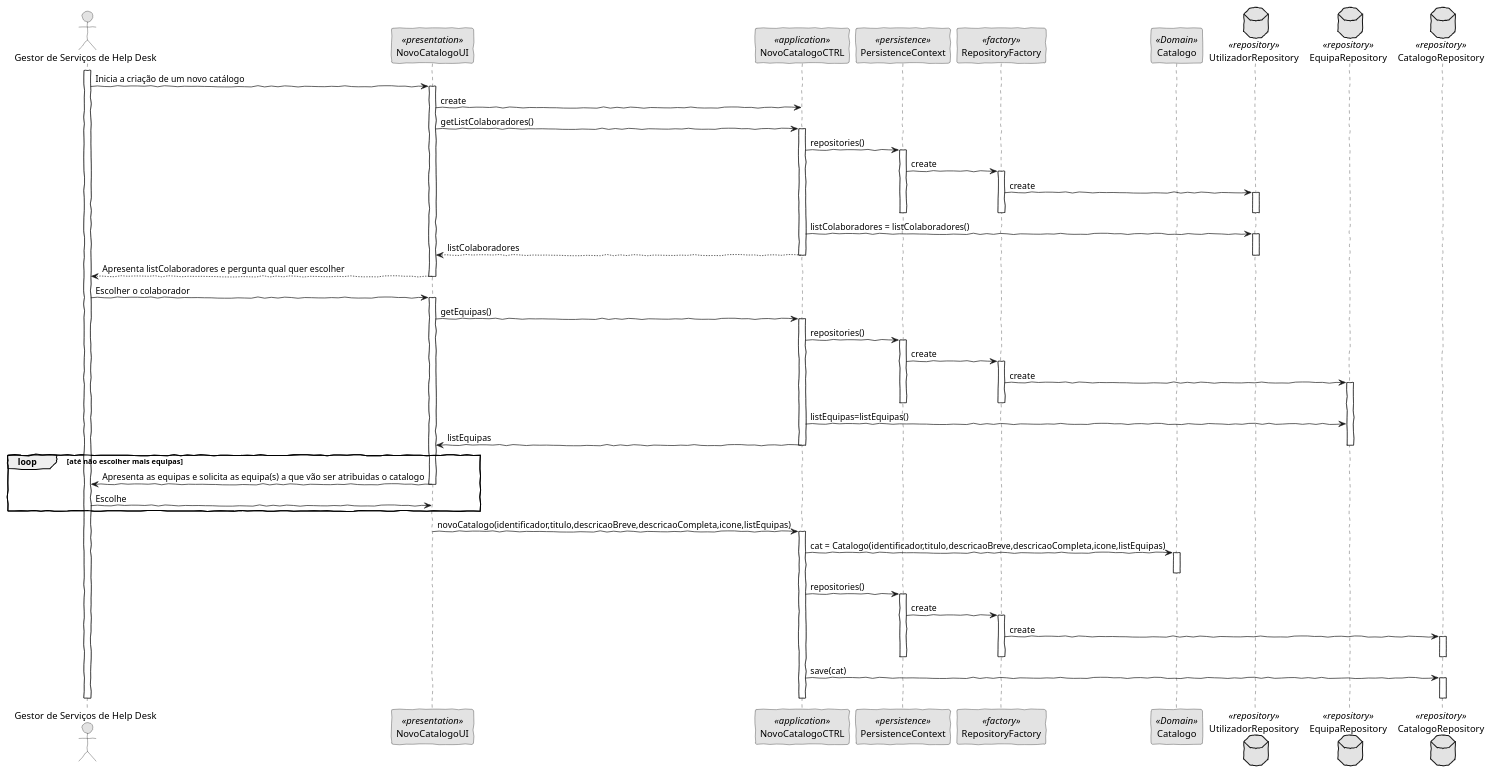
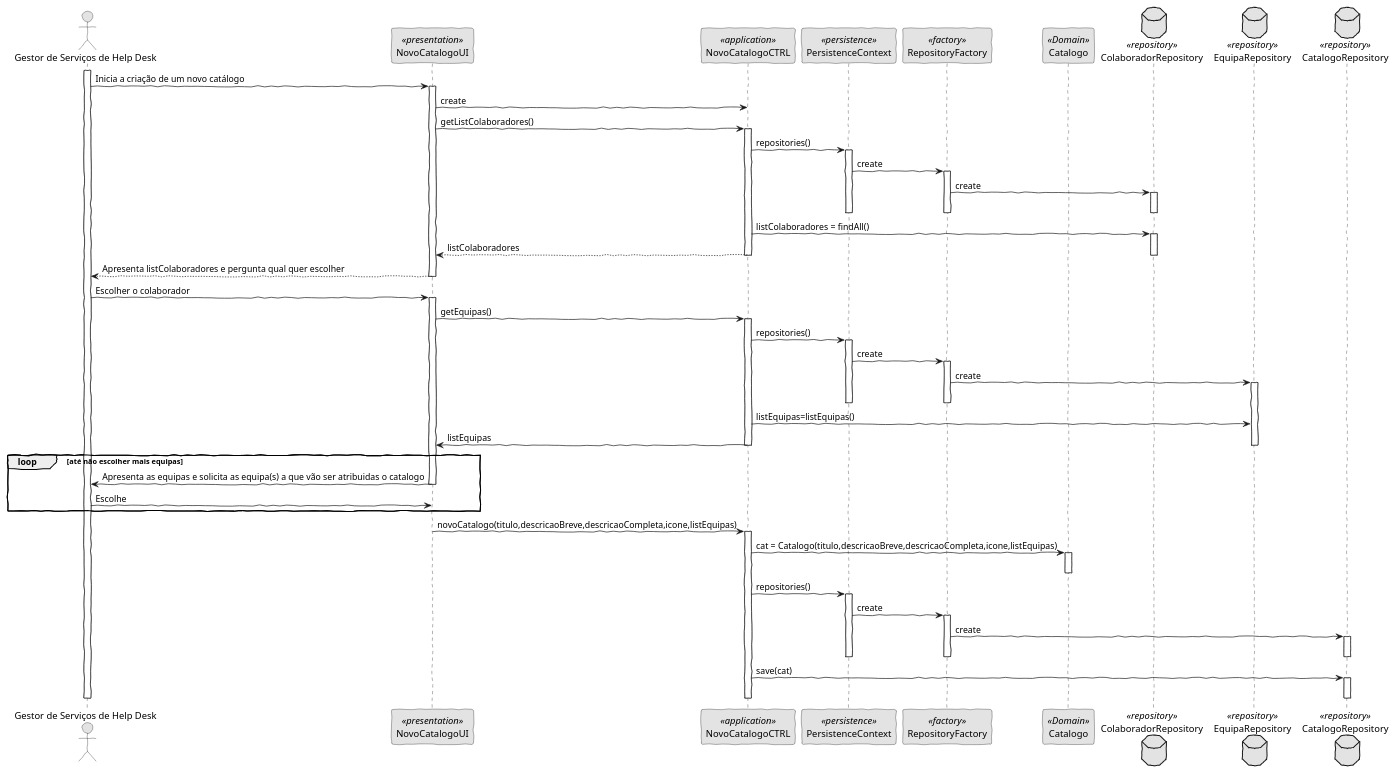
One commit to pedrolemos4/LAPR4 changed the diagram in docs/US2001/SD.puml. Above: the diagram before and after it, drawn with PlantUML. The commit also changed 4 other files, not shown here.

```diff
--- a/docs/US2001/SD.puml
+++ b/docs/US2001/SD.puml
@@ -1,85 +1,85 @@
 @startuml
 'http://plantuml.com/skinparam.html
 skinparam handwritten true
 skinparam monochrome true
 skinparam packageStyle rect
 skinparam defaultFontName FG Virgil
 skinparam shadowing false
 
 Actor "Gestor de Serviços de Help Desk" as Actor
 participant NovoCatalogoUI as UI <<presentation>>
 participant NovoCatalogoCTRL as Controller <<application>>
 participant PersistenceContext as Persistence <<persistence>>
 participant RepositoryFactory as Factory <<factory>>
 participant Catalogo as Catalogo <<Domain>>
-database UtilizadorRepository as URepository <<repository>>
+database ColaboradorRepository as URepository <<repository>>
 database EquipaRepository as ERepository <<repository>>
 database CatalogoRepository as CRepository <<repository>>
 
 
 activate Actor
     Actor -> UI: Inicia a criação de um novo catálogo
     activate UI
       UI -> Controller: create
       UI -> Controller: getListColaboradores()
     activate Controller
         Controller -> Persistence: repositories()
     activate Persistence
         Persistence -> Factory: create
     activate Factory
         Factory -> URepository: create
     activate URepository
     deactivate Persistence
     deactivate Factory
     deactivate URepository
-        Controller -> URepository: listColaboradores = listColaboradores()
+        Controller -> URepository: listColaboradores = findAll()
     activate URepository
         Controller --> UI: listColaboradores
     deactivate URepository
     deactivate Controller
         UI --> Actor : Apresenta listColaboradores e pergunta qual quer escolher
     deactivate UI
       Actor -> UI: Escolher o colaborador
     activate UI
     UI -> Controller: getEquipas()
     activate Controller
     Controller -> Persistence: repositories()
     activate Persistence
         Persistence -> Factory: create
     activate Factory
         Factory -> ERepository: create
     activate ERepository
     deactivate Persistence
     deactivate Factory
       Controller -> ERepository : listEquipas=listEquipas()
       Controller -> UI: listEquipas
     deactivate Controller
     deactivate ERepository
     loop até não escolher mais equipas
       UI -> Actor: Apresenta as equipas e solicita as equipa(s) a que vão ser atribuidas o catalogo
     deactivate UI
       Actor -> UI: Escolhe
     end loop
     activate UI
-      UI -> Controller: novoCatalogo(identificador,titulo,descricaoBreve,descricaoCompleta,icone,listEquipas)
+      UI -> Controller: novoCatalogo(titulo,descricaoBreve,descricaoCompleta,icone,listEquipas)
     activate Controller
-      Controller -> Catalogo: cat = Catalogo(identificador,titulo,descricaoBreve,descricaoCompleta,icone,listEquipas)
+      Controller -> Catalogo: cat = Catalogo(titulo,descricaoBreve,descricaoCompleta,icone,listEquipas)
     activate Catalogo
     deactivate Catalogo
       Controller -> Persistence: repositories()
     activate Persistence
       Persistence -> Factory: create
     activate Factory
       Factory -> CRepository: create
     activate CRepository
     deactivate Persistence
     deactivate Factory
     deactivate CRepository
       Controller -> CRepository: save(cat)
     activate CRepository
     deactivate CRepository
     deactivate Controller
     deactivate UI
 
 deactivate Actor
 @enduml
```
